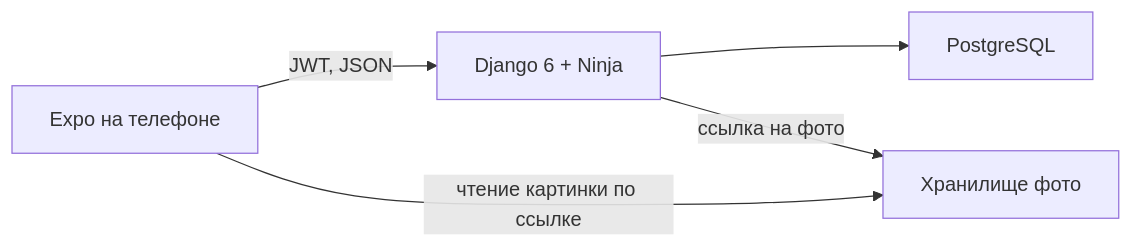
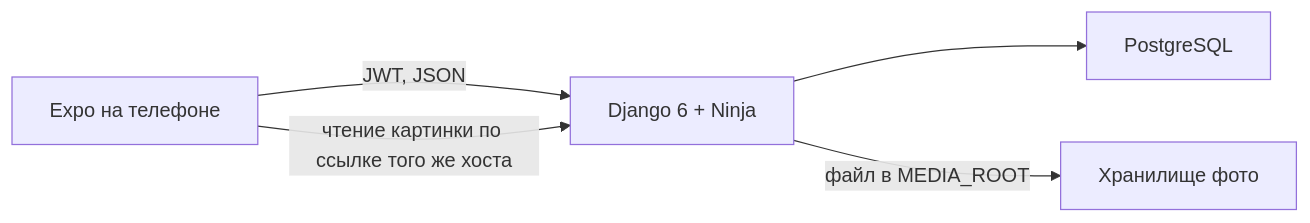
One commit to nesrv/potok changed the diagram in structure.md. Above: the diagram before and after it, drawn with Mermaid. The commit also changed other lines of this file and 48 other files, not shown here.

````diff
--- a/structure.md
+++ b/structure.md
@@ -21,12 +21,12 @@
 ```mermaid
 flowchart LR
   phone["Expo на телефоне"]
   api["Django 6 + Ninja"]
   db["PostgreSQL"]
   files["Хранилище фото"]
 
   phone -->|"JWT, JSON"| api
   api --> db
-  api -->|"ссылка на фото"| files
-  phone -->|"чтение картинки по ссылке"| files
+  api -->|"файл в MEDIA_ROOT"| files
+  phone -->|"чтение картинки по ссылке того же хоста"| api
 ```
````
